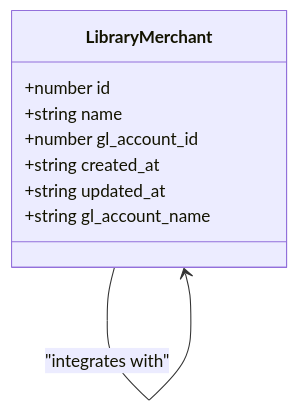
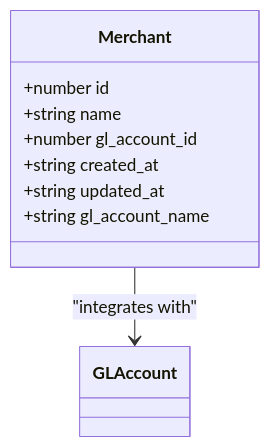
Before and after one commit to geniusdynamics/schoolpilot: the eighth of 10 diagrams in .qoder/repowiki/en/content/Modules System/Nutrition Module.md, drawn with Mermaid. The commit also changed other lines of this file and 311 other files, not shown here.

````diff
--- a/.qoder/repowiki/en/content/Modules System/Nutrition Module.md
+++ b/.qoder/repowiki/en/content/Modules System/Nutrition Module.md
@@ -1480,12 +440,12 @@
 ```mermaid
 classDiagram
-class LibraryMerchant {
+class Merchant {
 +number id
 +string name
 +number gl_account_id
 +string created_at
 +string updated_at
 +string gl_account_name
 }
-LibraryMerchant --> LibraryMerchant : "integrates with"
+Merchant --> GLAccount : "integrates with"
 ```
````
